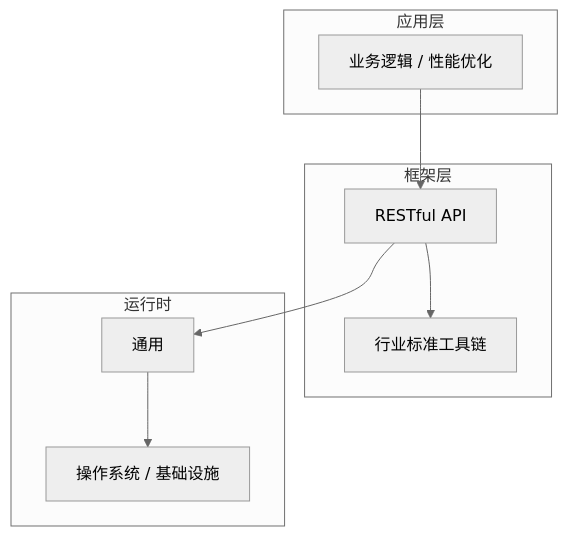
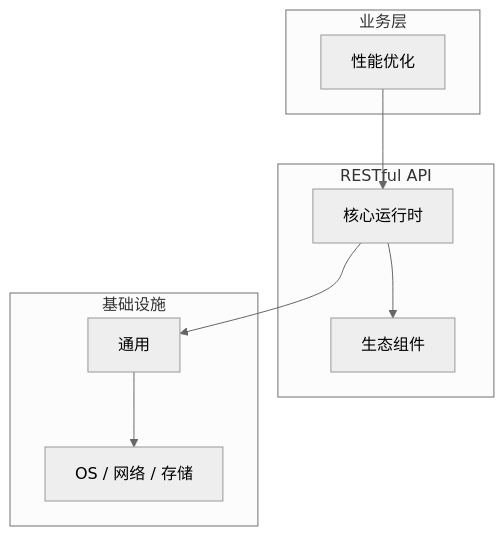
Before and after one commit to yanggan2015/knowledge-json-v2: the diagram in articles/RESTful API/chapters/079-性能优化核心概念与原理.md, drawn with Mermaid (neutral theme). The commit also changed other lines of this file and 10127 other files, not shown here.

````diff
--- a/articles/RESTful API/chapters/079-性能优化核心概念与原理.md
+++ b/articles/RESTful API/chapters/079-性能优化核心概念与原理.md
@@ -45,18 +34,18 @@
 ```mermaid
 graph TB
-    subgraph 应用层
-        A[业务逻辑 / 性能优化]
+    subgraph 业务层
+        A[性能优化]
     end
-    subgraph 框架层
-        B[RESTful API]
-        C[行业标准工具链]
+    subgraph RESTful API
+        B[核心运行时]
+        C[生态组件]
     end
-    subgraph 运行时
+    subgraph 基础设施
         D[通用]
-        E[操作系统 / 基础设施]
+        E[OS / 网络 / 存储]
     end
     A --> B
     B --> C
     B --> D
     D --> E
 ```
````
